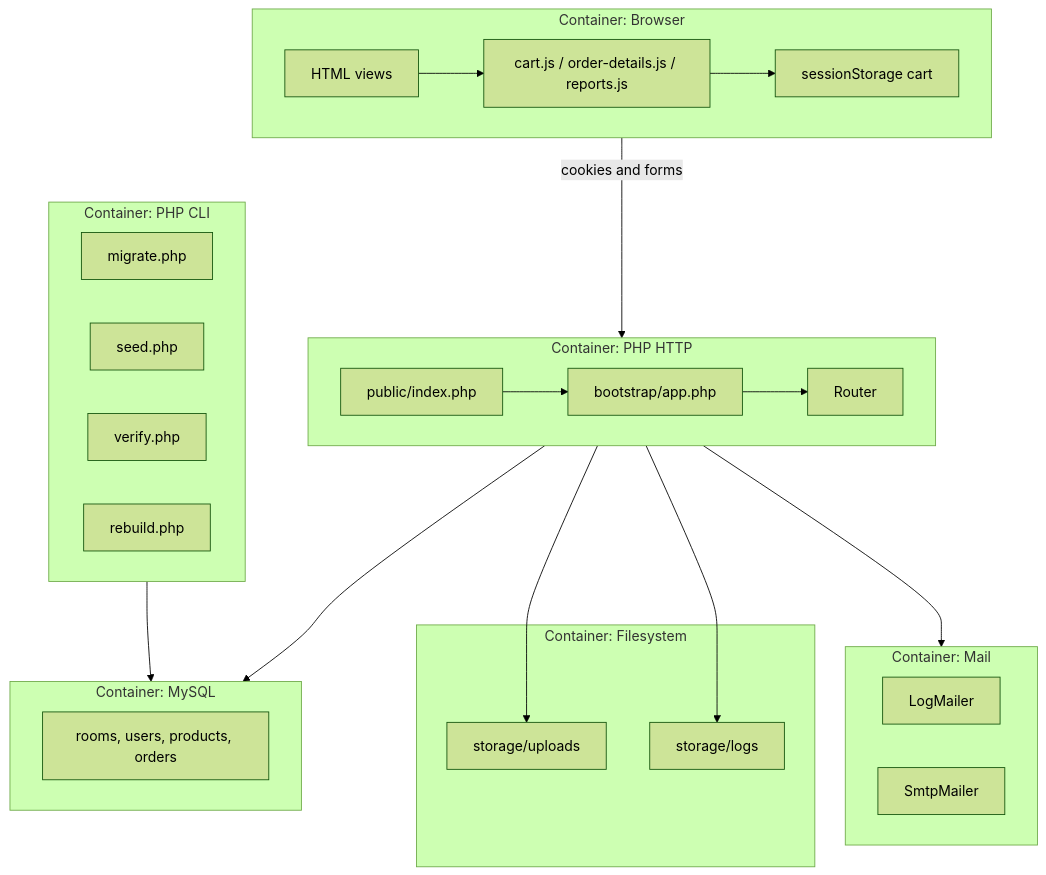
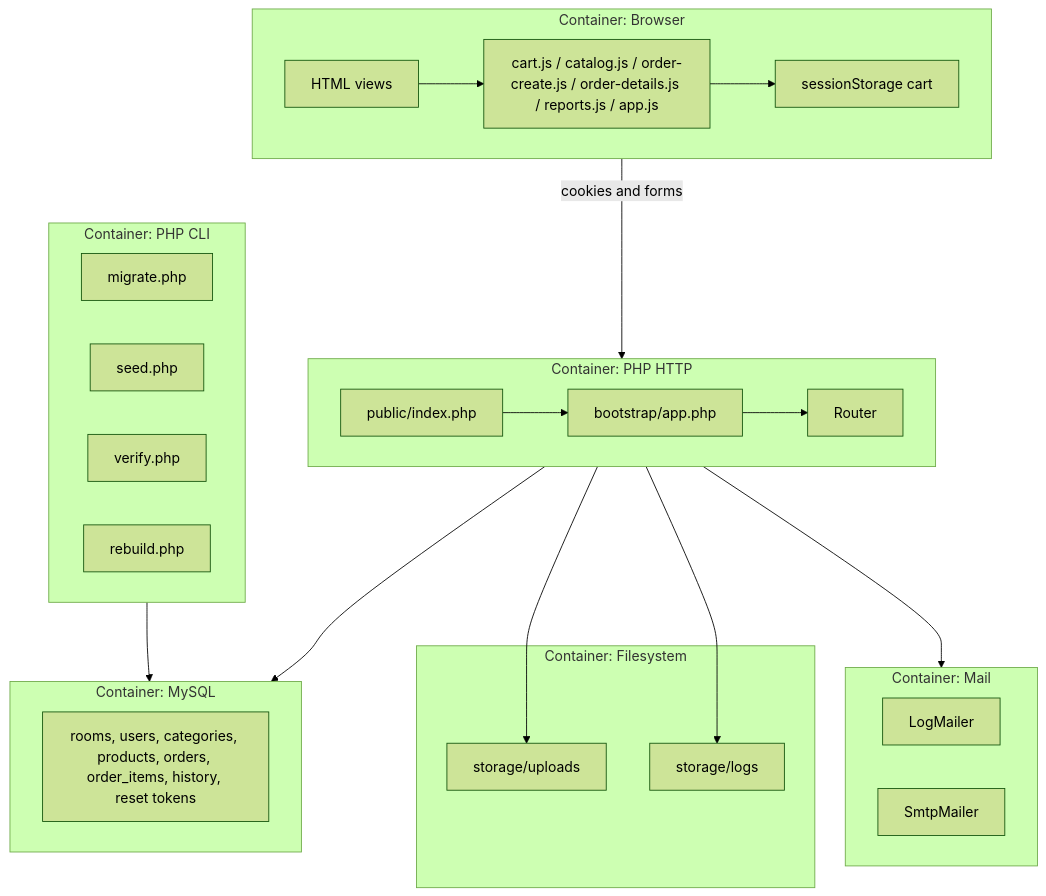
The second of 23 diagrams in docs/system-through-day-5-architecture-guide.md (M9nx/Cafeteria), drawn with Mermaid (forest theme) before and after one commit. The commit also changed other lines of this file, not shown here.

````diff
--- a/docs/system-through-day-5-architecture-guide.md
+++ b/docs/system-through-day-5-architecture-guide.md
@@ -85,39 +91,39 @@
 ```mermaid
 flowchart TB
   subgraph browser ["Container: Browser"]
     HTML["HTML views"]
-    JS["cart.js / order-details.js / reports.js"]
+    JS["cart.js / catalog.js / order-create.js / order-details.js / reports.js / app.js"]
     SS["sessionStorage cart"]
     HTML --> JS
     JS --> SS
   end
   subgraph httpProc ["Container: PHP HTTP"]
     Pub["public/index.php"]
     Boot["bootstrap/app.php"]
     Rtr["Router"]
     Pub --> Boot --> Rtr
   end
   subgraph cli ["Container: PHP CLI"]
     Mig["migrate.php"]
     Seed["seed.php"]
     Ver["verify.php"]
     Reb["rebuild.php"]
   end
   subgraph fs ["Container: Filesystem"]
     Up["storage/uploads"]
     Logs["storage/logs"]
   end
   subgraph db ["Container: MySQL"]
-    Tables["rooms, users, products, orders"]
+    Tables["rooms, users, categories, products, orders, order_items, history, reset tokens"]
   end
   subgraph mailc ["Container: Mail"]
     LogM["LogMailer"]
     SmtpM["SmtpMailer"]
   end
   browser -->|"cookies and forms"| httpProc
   httpProc --> db
   httpProc --> Up
   httpProc --> Logs
   httpProc --> mailc
   cli --> db
 ```
````
